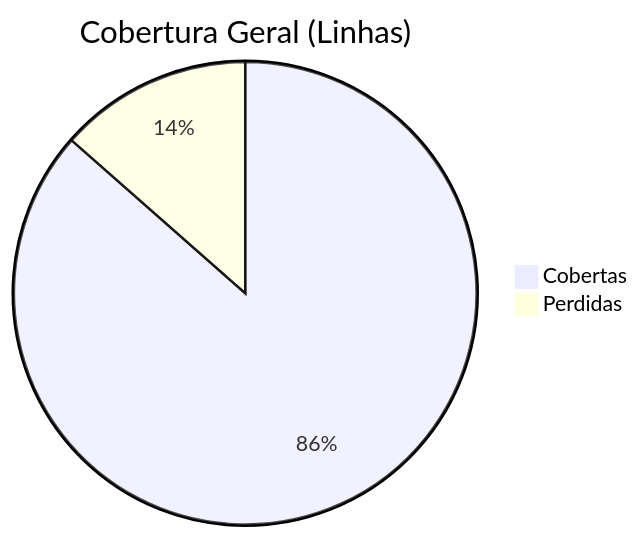
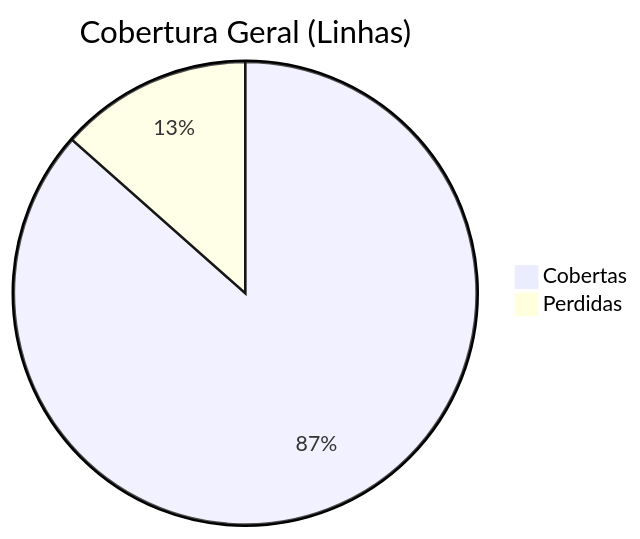
Before and after one commit to Plataforma-Universidade-Gratuita/pug-docs: the diagram in pug-service/tests/coverage_report.md, drawn with Mermaid. The commit also changed other lines of this file, not shown here.

````diff
--- a/pug-service/tests/coverage_report.md
+++ b/pug-service/tests/coverage_report.md
@@ -68,5 +68,5 @@
 ```mermaid
 pie title Cobertura Geral (Linhas)
-    "Cobertas" : 4744
-    "Perdidas" : 741
+    "Cobertas" : 4747
+    "Perdidas" : 738
 ```
````
